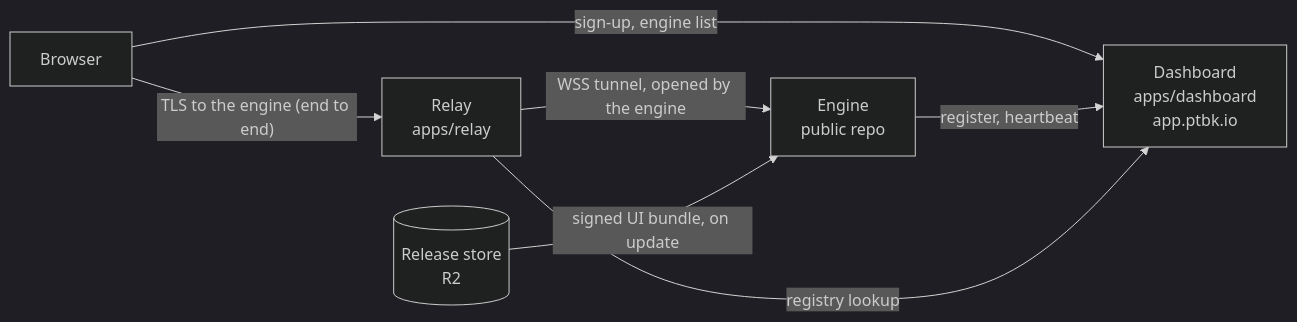
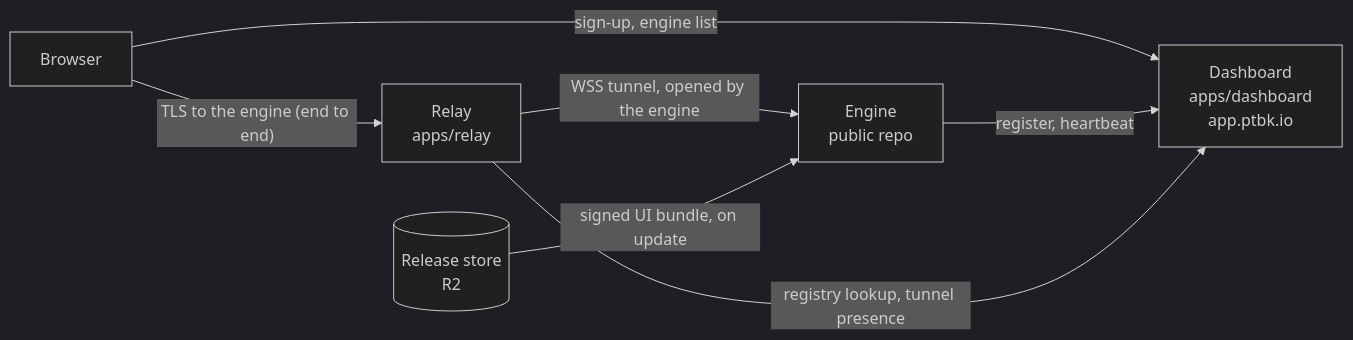
Before and after one commit to webgptorg/app: the first of 2 diagrams in docs/architecture.md, drawn with Mermaid (dark theme). The commit also changed other lines of this file and 45 other files, not shown here.

First line of the commit message:
feat(dashboard): take relay tunnel presence and show reachability

````diff
--- a/docs/architecture.md
+++ b/docs/architecture.md
@@ -7,9 +7,9 @@
 ```mermaid
 flowchart LR
     B[Browser] -- "TLS to the engine (end to end)" --> R[Relay<br/>apps/relay]
     R -- "WSS tunnel, opened by the engine" --> E[Engine<br/>public repo]
     B -- "sign-up, engine list" --> D[Dashboard<br/>apps/dashboard<br/>app.ptbk.io]
     E -- "register, heartbeat" --> D
-    R -- "registry lookup" --> D
+    R -- "registry lookup, tunnel presence" --> D
     S[(Release store<br/>R2)] -- "signed UI bundle, on update" --> E
 ```
````
